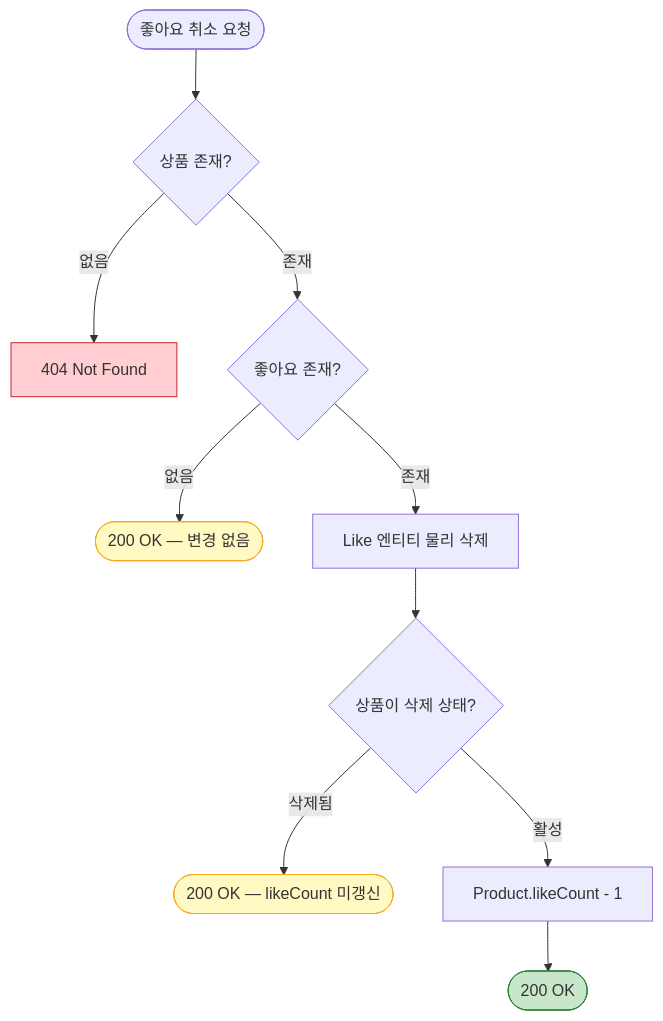
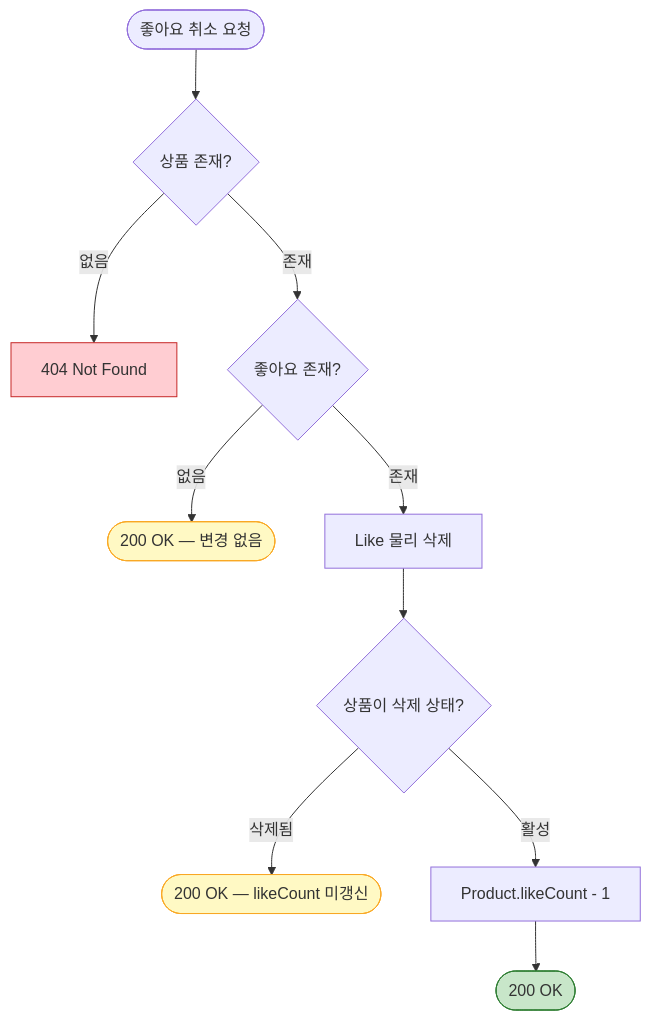
One commit to Loopers-dev-lab/loop-pack-be-l2-vol3-kotlin changed the fourth of 6 diagrams in docs/design/05-flowcharts.md. Above: the diagram before and after it, drawn with Mermaid. The commit also changed other lines of this file and 6 other files, not shown here.

````diff
--- a/docs/design/05-flowcharts.md
+++ b/docs/design/05-flowcharts.md
@@ -129,18 +128,18 @@
 ```mermaid
 flowchart TB
     Start([좋아요 취소 요청]) --> CheckProduct{상품 존재?}
     CheckProduct -->|없음| Err404[404 Not Found]:::error
 
     CheckProduct -->|존재| CheckLike{좋아요 존재?}
     CheckLike -->|없음| Idempotent([200 OK — 변경 없음]):::idempotent
 
-    CheckLike -->|존재| DeleteLike[Like 엔티티 물리 삭제]
+    CheckLike -->|존재| DeleteLike[Like 물리 삭제]
     DeleteLike --> CheckDeleted{상품이 삭제 상태?}
     CheckDeleted -->|삭제됨| SkipCount([200 OK — likeCount 미갱신]):::idempotent
     CheckDeleted -->|활성| DecCount[Product.likeCount - 1]
     DecCount --> Success([200 OK]):::success
 
     classDef error fill:#ffcdd2,stroke:#c62828
     classDef success fill:#c8e6c9,stroke:#2e7d32
     classDef idempotent fill:#fff9c4,stroke:#f9a825
 ```
````
